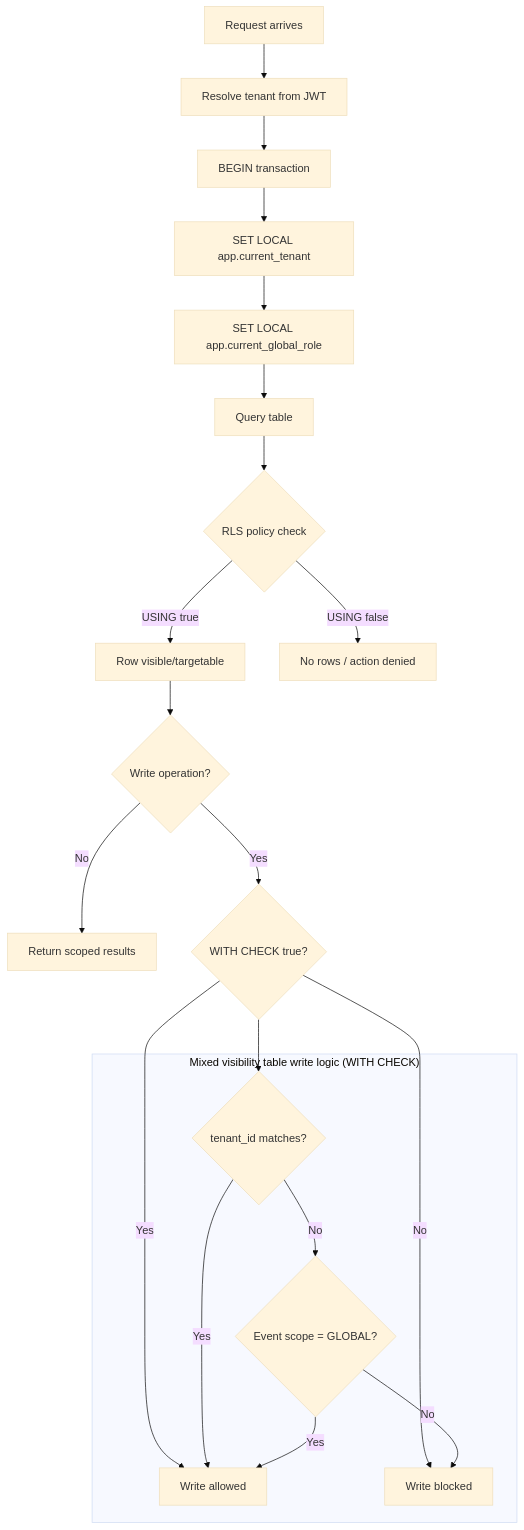
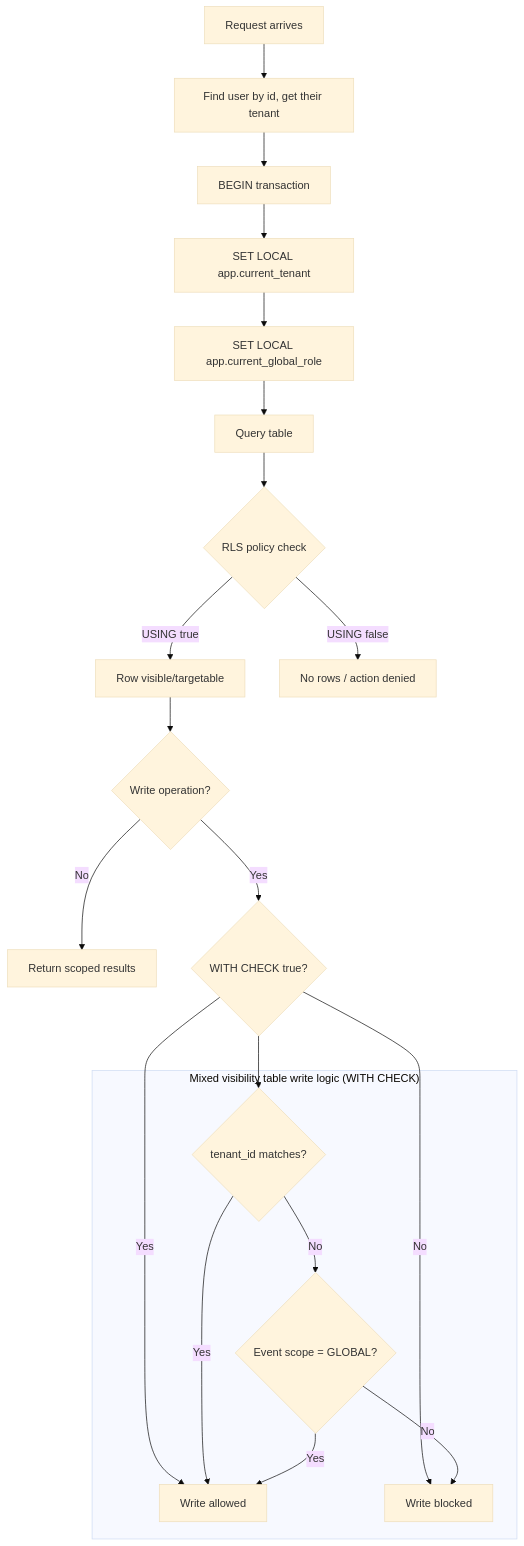
The diagram in architecture-homework/docs/adr/ADR-002-data-isolation.md (KaterynaKocheharova/Multi-tenant-architecture), drawn with Mermaid (base theme) before and after one commit. The commit also changed other lines of this file and 4 other files, not shown here.

````diff
--- a/architecture-homework/docs/adr/ADR-002-data-isolation.md
+++ b/architecture-homework/docs/adr/ADR-002-data-isolation.md
@@ -65,26 +64,26 @@
 ```mermaid
 flowchart TD
-	 A[Request arrives] --> B[Resolve tenant from JWT]
+	 A[Request arrives] --> B[Find user by id, get their tenant ]
 	 B --> C[BEGIN transaction]
 	 C --> D[SET LOCAL app.current_tenant]
 	 D --> E[SET LOCAL app.current_global_role]
 	 E --> F[Query table]
 
 	 F --> G{RLS policy check}
 	 G -->|USING true| H[Row visible/targetable]
 	 G -->|USING false| I[No rows / action denied]
 
 	 H --> J{Write operation?}
 	 J -->|No| K[Return scoped results]
 	 J -->|Yes| L{WITH CHECK true?}
 	 L -->|Yes| M[Write allowed]
 	 L -->|No| N[Write blocked]
 
 	 subgraph "Mixed visibility table write logic (WITH CHECK)"
 		  O{tenant_id matches?} -->|Yes| M
 		  O -->|No| P{Event scope = GLOBAL?}
 		  P -->|Yes| M
 		  P -->|No| N
 	 end
 	 L --> O
 ```
````
